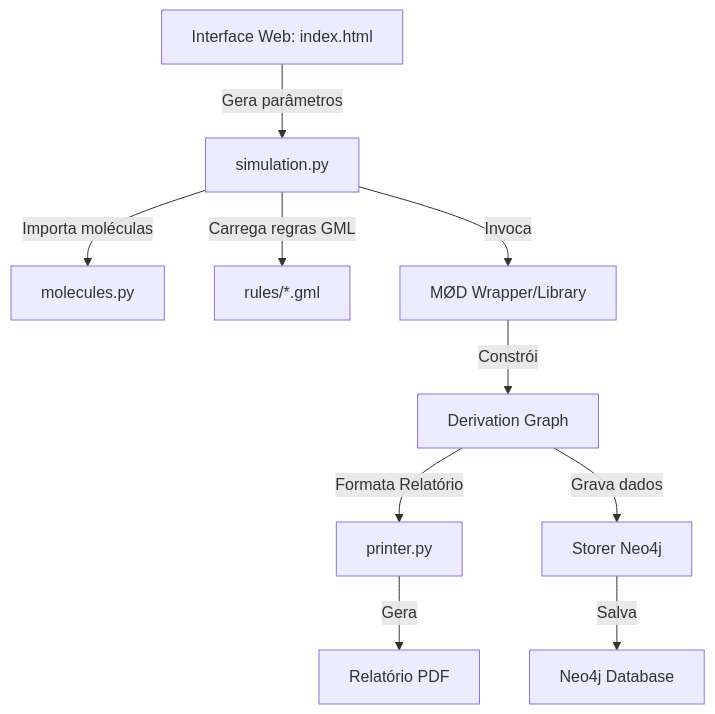
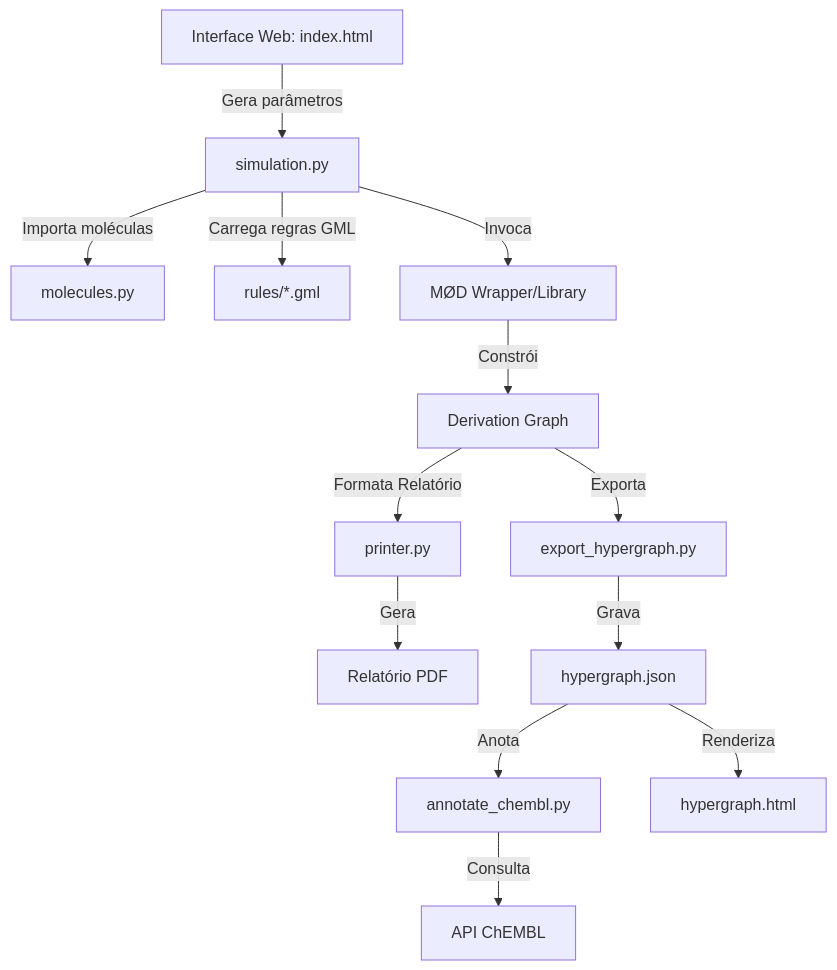
The diagram in README.PTBR.md (waldeyr/2PathTerpenes), drawn with Mermaid before and after one commit. The commit also changed other lines of this file and 4 other files, not shown here.

````diff
--- a/README.PTBR.md
+++ b/README.PTBR.md
@@ -25,12 +25,15 @@
 ```mermaid
 graph TD
     UI[Interface Web: index.html] -->|Gera parâmetros| SimPy[simulation.py]
     SimPy -->|Importa moléculas| MolPy[molecules.py]
     SimPy -->|Carrega regras GML| RulesGML[rules/*.gml]
     SimPy -->|Invoca| MOD[MØD Wrapper/Library]
     MOD -->|Constrói| DG[Derivation Graph]
     DG -->|Formata Relatório| PrintPy[printer.py]
     PrintPy -->|Gera| PDF[Relatório PDF]
-    DG -->|Grava dados| Neo4jStore[Storer Neo4j]
-    Neo4jStore -->|Salva| Neo4j[Neo4j Database]
+    DG -->|Exporta| ExportPy[export_hypergraph.py]
+    ExportPy -->|Grava| HGJSON[hypergraph.json]
+    HGJSON -->|Anota| AnnotatePy[annotate_chembl.py]
+    AnnotatePy -->|Consulta| ChEMBL[API ChEMBL]
+    HGJSON -->|Renderiza| HGHTML[hypergraph.html]
 ```
````
